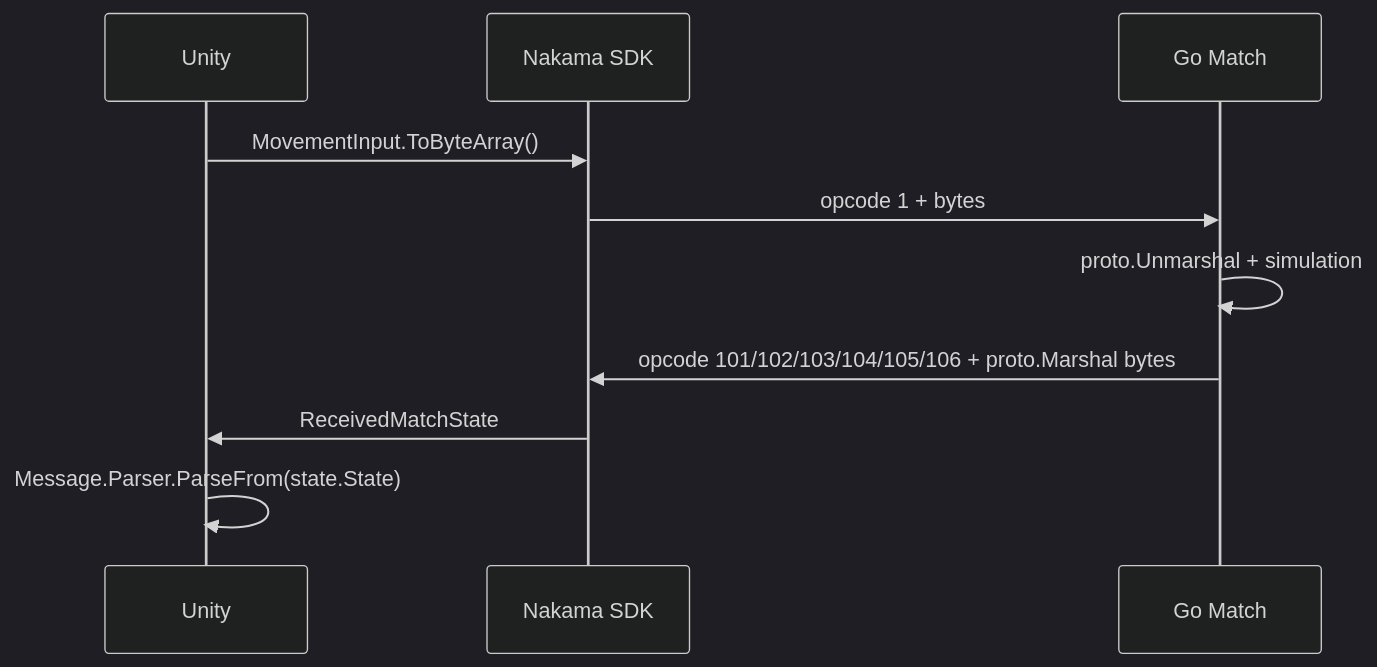
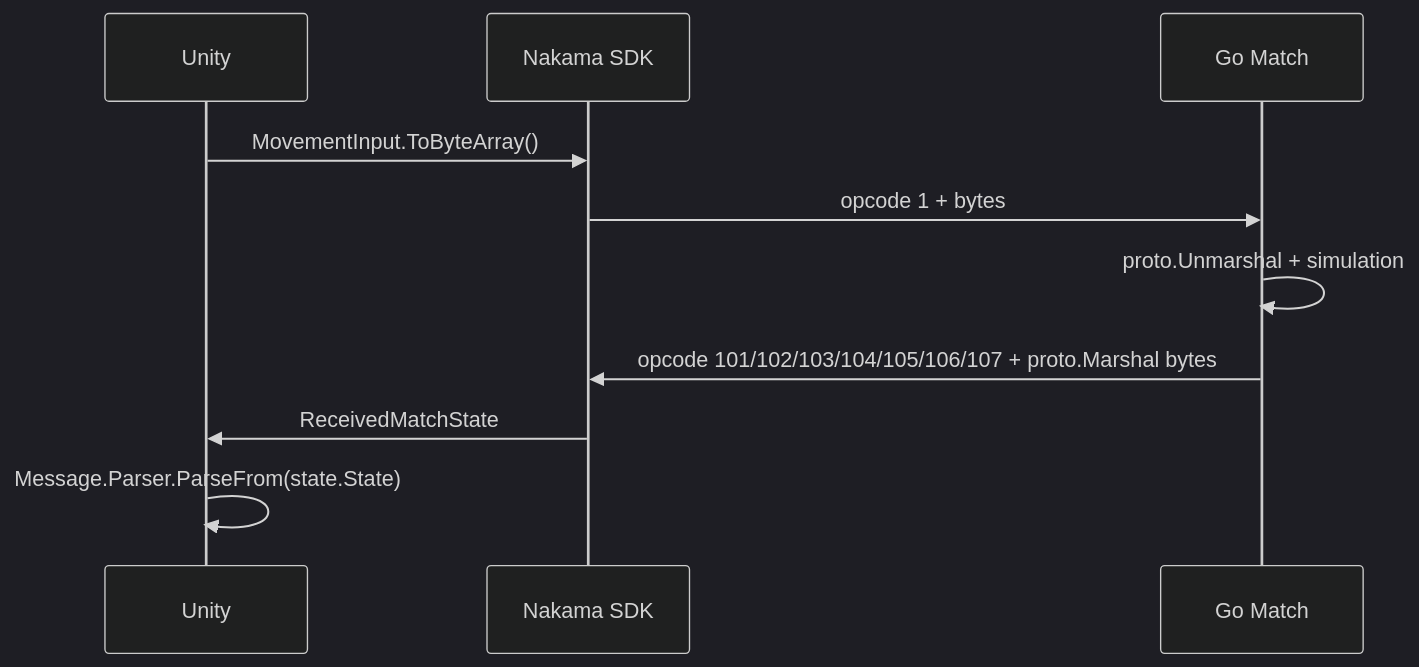
One commit to Zeal-Games-Studio-Development/squad-survival-server changed the diagram in docs/realtime-protocol.md. Above: the diagram before and after it, drawn with Mermaid (dark theme). The commit also changed other lines of this file and 12 other files, not shown here.

````diff
--- a/docs/realtime-protocol.md
+++ b/docs/realtime-protocol.md
@@ -31,12 +32,12 @@
 ```mermaid
 sequenceDiagram
     participant Unity
     participant NakamaSDK as Nakama SDK
     participant Match as Go Match
     Unity->>NakamaSDK: MovementInput.ToByteArray()
     NakamaSDK->>Match: opcode 1 + bytes
     Match->>Match: proto.Unmarshal + simulation
-    Match->>NakamaSDK: opcode 101/102/103/104/105/106 + proto.Marshal bytes
+    Match->>NakamaSDK: opcode 101/102/103/104/105/106/107 + proto.Marshal bytes
     NakamaSDK->>Unity: ReceivedMatchState
     Unity->>Unity: Message.Parser.ParseFrom(state.State)
 ```
````
